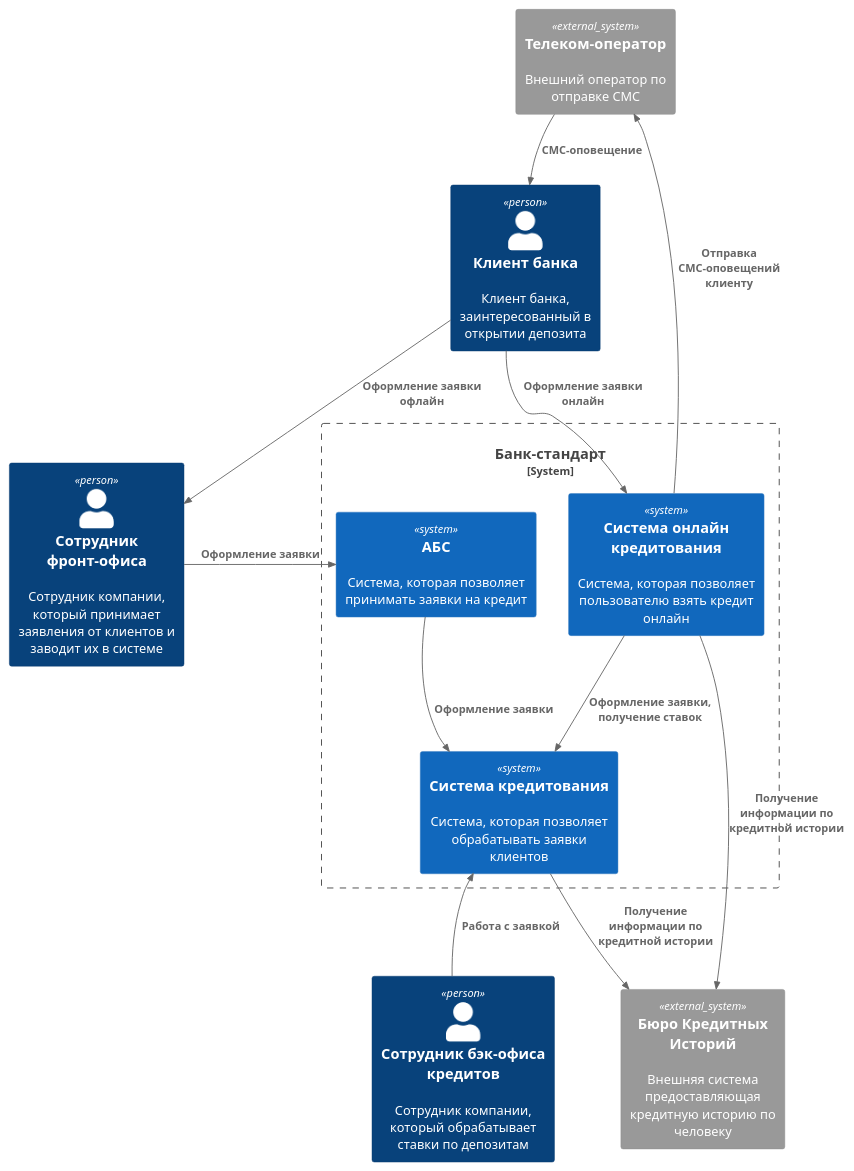
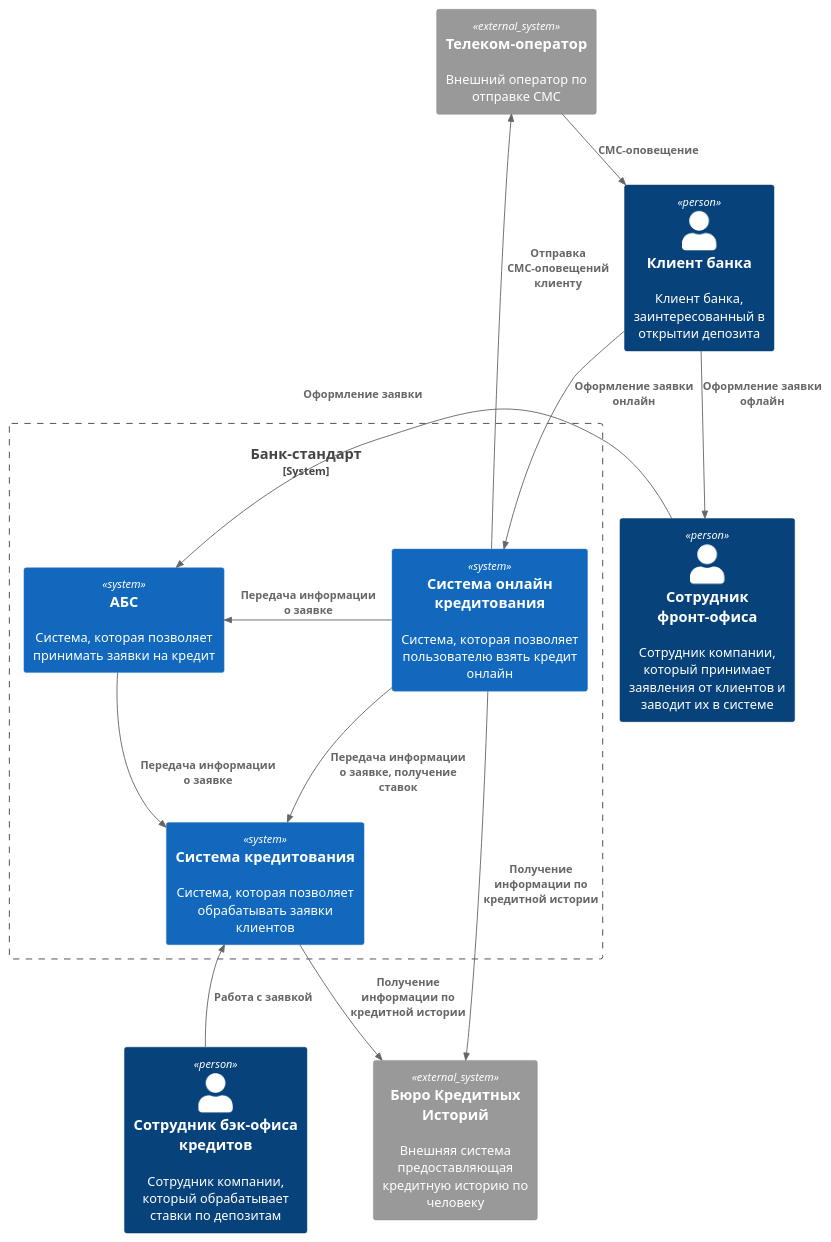
The diagram in Task5/schemas/context/context.plantuml (Maksina/architecture-pro-standart), drawn with PlantUML before and after one commit. The commit also changed 1 other file, not shown here.

```diff
--- a/Task5/schemas/context/context.plantuml
+++ b/Task5/schemas/context/context.plantuml
@@ -1,26 +1,27 @@
 @startuml context
 !include  https://raw.githubusercontent.com/plantuml-stdlib/C4-PlantUML/master/C4_Context.puml
 
 Person(client, "Клиент банка", "Клиент банка, заинтересованный в открытии депозита")
 Person(manager_bo_c, "Сотрудник бэк-офиса кредитов", "Сотрудник компании, который обрабатывает ставки по депозитам")
 Person(manager_fo, "Сотрудник фронт-офиса", "Сотрудник компании, который принимает заявления от клиентов и заводит их в системе")
 
 System_Boundary(bank, "Банк-стандарт"){
     System(OnlineCreditSystem, "Система онлайн кредитования", "Система, которая позволяет пользователю взять кредит онлайн")
     System(ABS, "АБС", "Система, которая позволяет принимать заявки на кредит")
     System(CreditSystem, "Система кредитования", "Система, которая позволяет обрабатывать заявки клиентов")
 }
 System_Ext(Telecom, "Телеком-оператор", "Внешний оператор по отправке СМС")
 System_Ext(BKI, "Бюро Кредитных Историй", "Внешняя система предоставляющая кредитную историю по человеку")
 
 Rel(OnlineCreditSystem, BKI, "Получение информации по кредитной истории")
 Rel(CreditSystem, BKI, "Получение информации по кредитной истории")
-Rel(OnlineCreditSystem, CreditSystem, "Оформление заявки, получение ставок")
-Rel(ABS, CreditSystem, "Оформление заявки")
+Rel(OnlineCreditSystem, CreditSystem, "Передача информации о заявке, получение ставок")
+Rel(ABS, CreditSystem, "Передача информации о заявке")
 Rel(OnlineCreditSystem, Telecom, "Отправка СМС-оповещений клиенту")
 Rel(Telecom, client, "СМС-оповещение")
 Rel_U(manager_bo_c, CreditSystem, "Работа с заявкой")
 Rel(manager_fo, ABS, "Оформление заявки")
 Rel(client, manager_fo, "Оформление заявки офлайн")
 Rel(client, OnlineCreditSystem, "Оформление заявки онлайн")
+Rel_L(OnlineCreditSystem, ABS, "Передача информации о заявке")
 @enduml 
```
